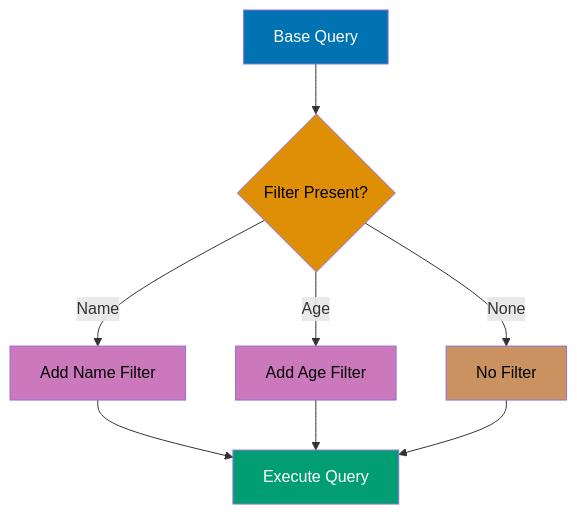
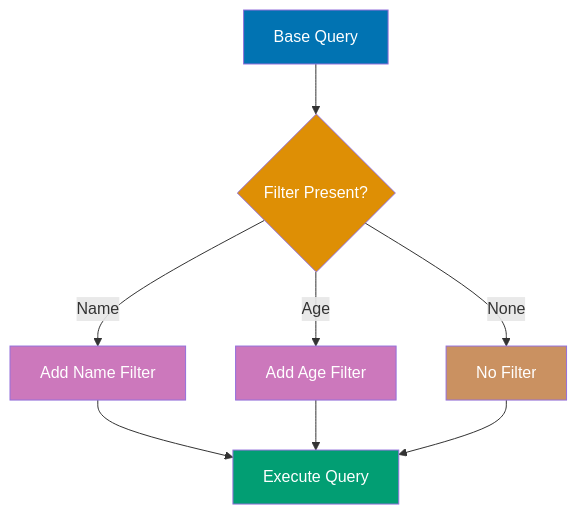
The first of 12 diagrams in apps/ayokoding-web/content/en/learn/software-engineering/data/tools/elixir-ecto/by-example/advanced.md (wahidyankf/open-sharia-enterprise), drawn with Mermaid before and after one commit. The commit also changed other lines of this file and 61 other files, not shown here.

First line of the commit message:
fix(ayokoding-web): quote Mermaid node labels with special characters in Example 63

````diff
--- a/apps/ayokoding-web/content/en/learn/software-engineering/data/tools/elixir-ecto/by-example/advanced.md
+++ b/apps/ayokoding-web/content/en/learn/software-engineering/data/tools/elixir-ecto/by-example/advanced.md
@@ -24,19 +24,19 @@
 ```mermaid
 %% Color Palette: Blue #0173B2, Orange #DE8F05, Teal #029E73, Purple #CC78BC, Brown #CA9161
 %%  Dynamic Query Building
 graph TD
     A[Base Query] --> B{Filter Present?}
     B -->|Name| C[Add Name Filter]
     B -->|Age| D[Add Age Filter]
     B -->|None| E[No Filter]
     C --> F[Execute Query]
     D --> F
     E --> F
 
     style A fill:#0173B2,color:#fff
-    style B fill:#DE8F05,color:#000
-    style C fill:#CC78BC,color:#000
-    style D fill:#CC78BC,color:#000
-    style E fill:#CA9161,color:#000
+    style B fill:#DE8F05,color:#fff
+    style C fill:#CC78BC,color:#fff
+    style D fill:#CC78BC,color:#fff
+    style E fill:#CA9161,color:#fff
     style F fill:#029E73,color:#fff
 ```
````
